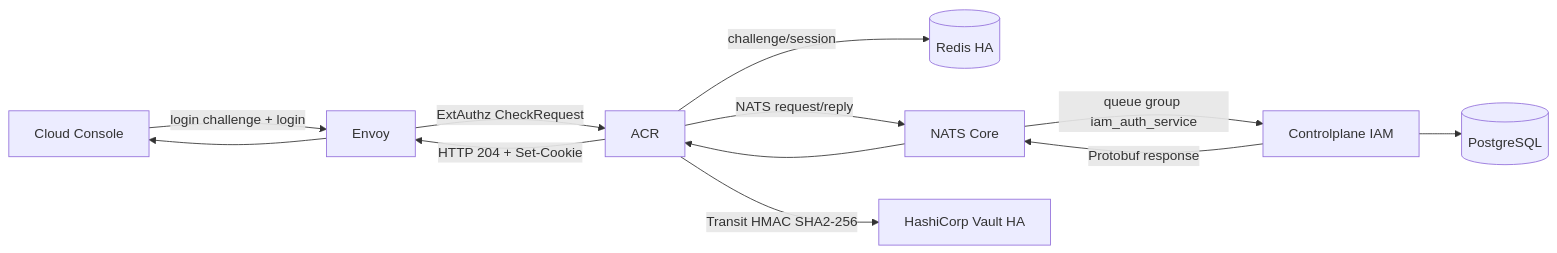
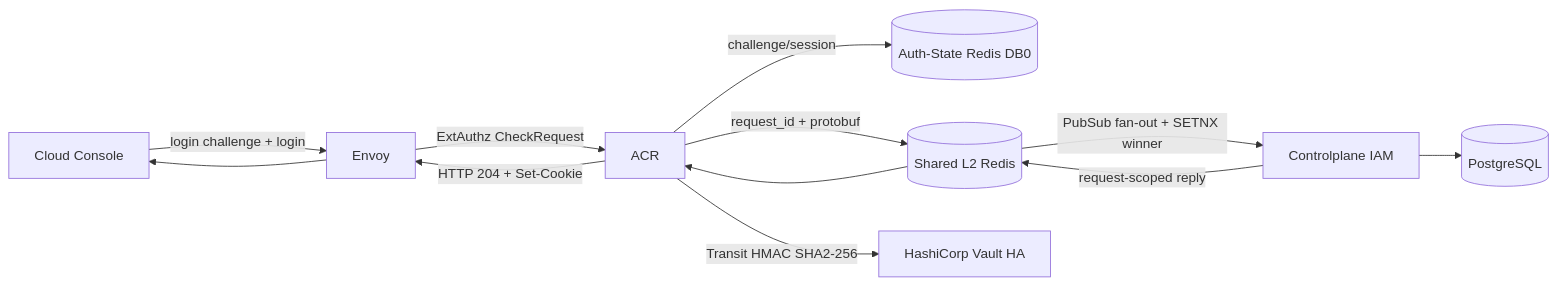
The first of 3 diagrams in god_view/iam/user_login_god_view_workflow.md (phucle996/aurora), drawn with Mermaid before and after one commit. The commit also changed other lines of this file and 137 other files, not shown here.

Commit message:
refactor: migrate infrastructure communication from NATS to Redis across controlplane, dataplane, notification-service, cost-manager, and acr modules

````diff
--- a/god_view/iam/user_login_god_view_workflow.md
+++ b/god_view/iam/user_login_god_view_workflow.md
@@ -80,12 +80,12 @@
 ```mermaid
 flowchart LR
     UI[Cloud Console] -->|login challenge + login| E[Envoy]
     E -->|ExtAuthz CheckRequest| A[ACR]
-    A -->|challenge/session| R[(Redis HA)]
-    A -->|NATS request/reply| N[NATS Core]
-    N -->|queue group iam_auth_service| IAM[Controlplane IAM]
+    A -->|challenge/session| AR[(Auth-State Redis DB0)]
+    A -->|request_id + protobuf| SR[(Shared L2 Redis)]
+    SR -->|PubSub fan-out + SETNX winner| IAM[Controlplane IAM]
     IAM --> DB[(PostgreSQL)]
-    IAM -->|Protobuf response| N --> A
+    IAM -->|request-scoped reply| SR --> A
     A -->|Transit HMAC SHA2-256| V[HashiCorp Vault HA]
     A -->|HTTP 204 + Set-Cookie| E --> UI
 ```
````
